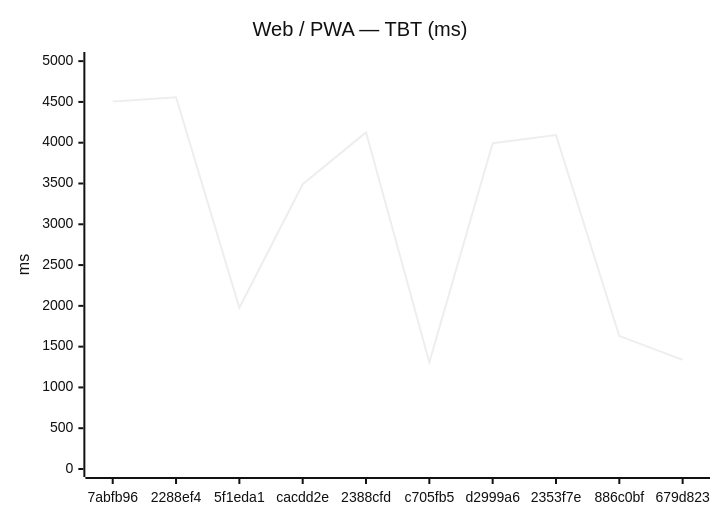
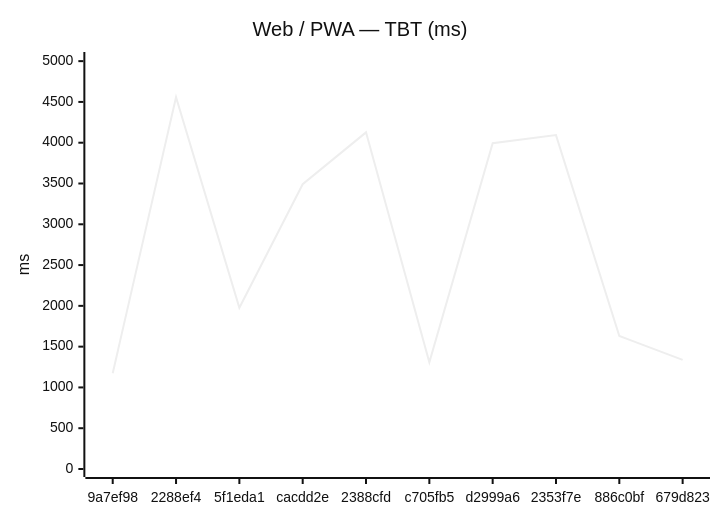
The second of 12 diagrams in benchmarks/compare.md (Metaheurist/Rianell), drawn with Mermaid (neutral theme) before and after one commit. The commit also changed other lines of this file and 8 other files, not shown here.

````diff
--- a/benchmarks/compare.md
+++ b/benchmarks/compare.md
@@ -31,7 +31,7 @@
 ```mermaid
 xychart-beta
     title "Web / PWA — TBT (ms)"
-    x-axis ["7abfb96", "2288ef4", "5f1eda1", "cacdd2e", "2388cfd", "c705fb5", "d2999a6", "2353f7e", "886c0bf", "679d823"]
+    x-axis ["9a7ef98", "2288ef4", "5f1eda1", "cacdd2e", "2388cfd", "c705fb5", "d2999a6", "2353f7e", "886c0bf", "679d823"]
     y-axis "ms" 0 --> 5014
-    line [4504, 4558, 1976, 3491, 4127, 1307, 3994, 4093, 1630, 1338]
+    line [1175, 4558, 1976, 3491, 4127, 1307, 3994, 4093, 1630, 1338]
 ```
````
